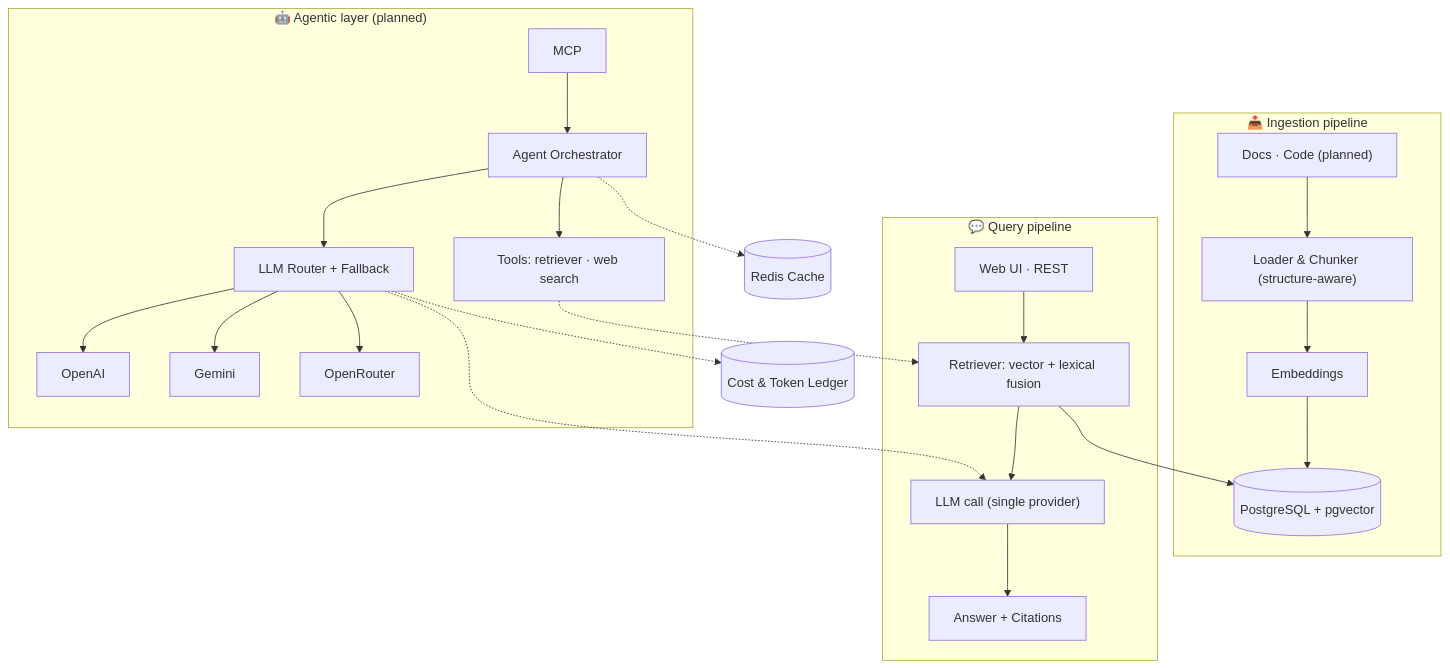
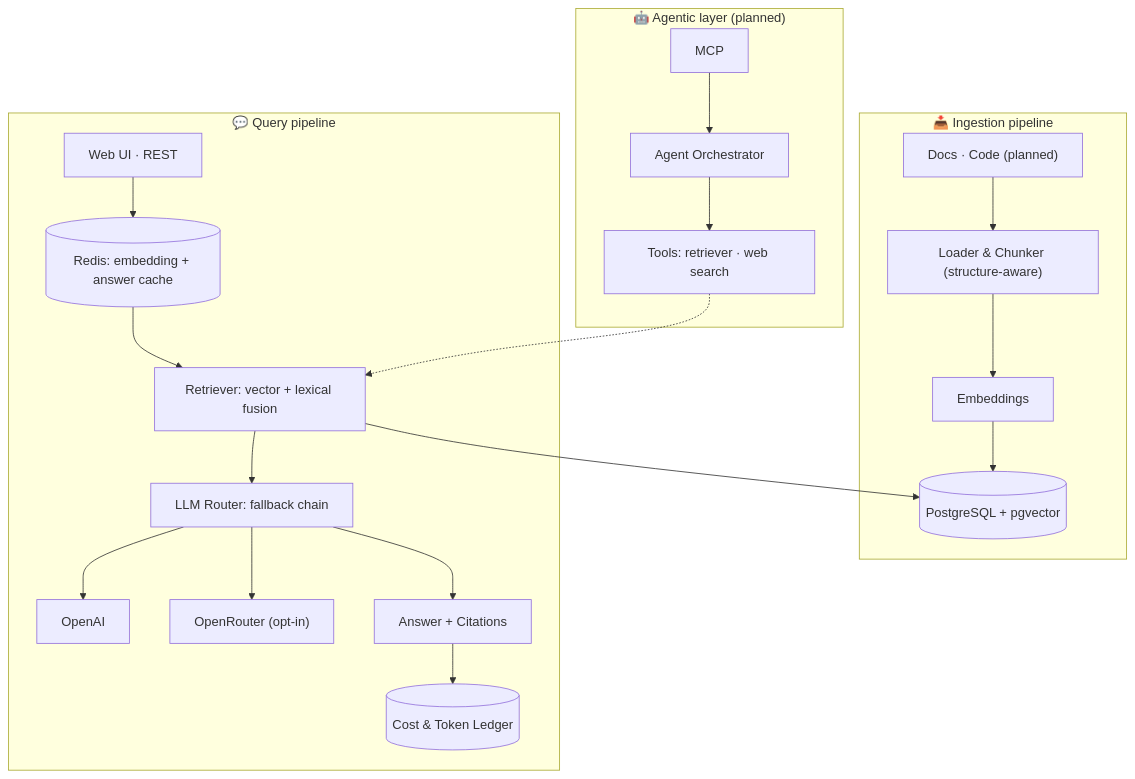
The diagram in README.md (athosmartinez/docent), drawn with Mermaid before and after one commit. The commit also changed other lines of this file and 1 other file, not shown here.

````diff
--- a/README.md
+++ b/README.md
@@ -47,29 +49,26 @@
 ```mermaid
 flowchart TB
   subgraph Ingestion["📥 Ingestion pipeline"]
     SRC["Docs · Code (planned)"] --> CHUNK["Loader & Chunker (structure-aware)"]
     CHUNK --> EMB["Embeddings"]
     EMB --> VEC[("PostgreSQL + pgvector")]
   end
 
   subgraph Query["💬 Query pipeline"]
-    CL["Web UI · REST"] --> RET["Retriever: vector + lexical fusion"]
+    CL["Web UI · REST"] --> CACHE[("Redis: embedding + answer cache")]
+    CACHE --> RET["Retriever: vector + lexical fusion"]
     RET --> VEC
-    RET --> LLM["LLM call (single provider)"]
-    LLM --> ANS["Answer + Citations"]
+    RET --> ROUTER["LLM Router: fallback chain"]
+    ROUTER --> P1["OpenAI"]
+    ROUTER --> P2["OpenRouter (opt-in)"]
+    ROUTER --> ANS["Answer + Citations"]
+    ANS --> LEDGER[("Cost & Token Ledger")]
   end
 
   subgraph Agentic["🤖 Agentic layer (planned)"]
     MCP["MCP"] --> AGENT["Agent Orchestrator"]
     AGENT --> TOOLS["Tools: retriever · web search"]
-    AGENT --> ROUTER["LLM Router + Fallback"]
-    ROUTER --> P1["OpenAI"]
-    ROUTER --> P2["Gemini"]
-    ROUTER --> P3["OpenRouter"]
   end
 
   TOOLS -.-> RET
-  ROUTER -.-> LLM
-  ROUTER -.-> COST[("Cost & Token Ledger")]
-  AGENT -.-> CACHE[("Redis Cache")]
 ```
````
